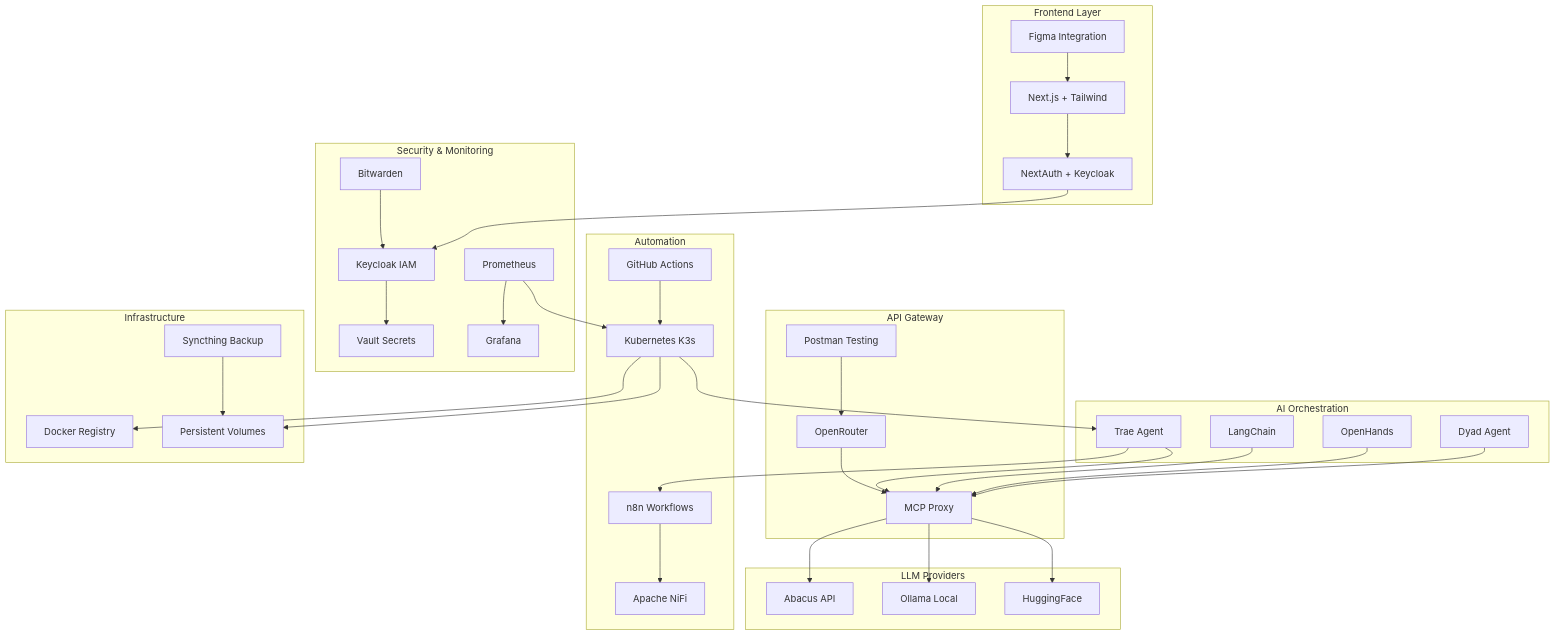
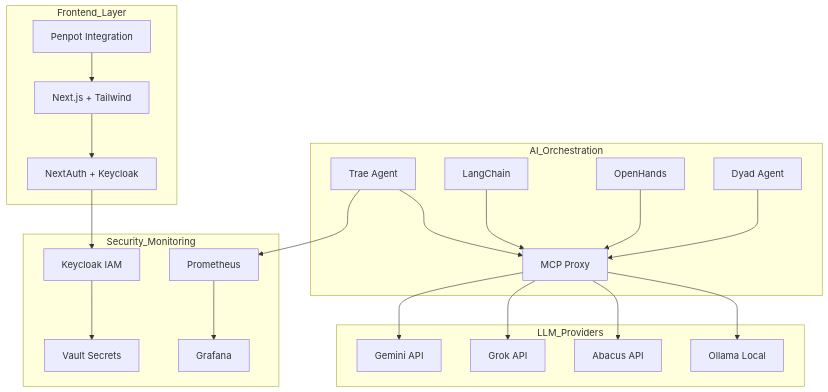
One commit to arturdrr/full-stack-industrial-ai changed the diagram in README.md. Above: the diagram before and after it, drawn with Mermaid. The commit also changed other lines of this file, not shown here.

Commit message:
docs: Aprimora README com novos badges, diagrama e seção de troubleshooting

````diff
--- a/README.md
+++ b/README.md
@@ -47,47 +47,29 @@
 ```mermaid
 graph TD
-    subgraph "Frontend Layer"
+    subgraph "Frontend_Layer"
         A[Next.js + Tailwind] --> B[NextAuth + Keycloak]
-        C[Figma Integration] --> A
+        C[Penpot Integration] --> A
     end
     
-    subgraph "API Gateway"
-        D[OpenRouter] --> E[MCP Proxy]
-        F[Postman Testing] --> D
+    subgraph "AI_Orchestration"
+        D[Trae Agent] --> E[MCP Proxy]
+        F[LangChain] --> E
+        G[OpenHands] --> E
+        H[Dyad Agent] --> E
     end
     
-    subgraph "AI Orchestration"
-        G[Trae Agent] --> E
-        H[LangChain] --> E
-        I[OpenHands] --> E
-        J[Dyad Agent] --> E
+    subgraph "LLM_Providers"
+        E --> I[Gemini API]
+        E --> J[Grok API] 
+        E --> K[Abacus API]
+        E --> L[Ollama Local]
     end
     
-    subgraph "LLM Providers"
-        E --> K[Abacus API]
-        E --> L[Ollama Local]
-        E --> M[HuggingFace]
+    subgraph "Security_Monitoring"
+        M[Keycloak IAM] --> N[Vault Secrets]
+        O[Prometheus] --> P[Grafana]
     end
     
-    subgraph "Automation"
-        N[n8n Workflows] --> O[Apache NiFi]
-        P[GitHub Actions] --> Q[Kubernetes K3s]
-    end
-    
-    subgraph "Security & Monitoring"
-        R[Keycloak IAM] --> S[Vault Secrets]
-        T[Prometheus] --> U[Grafana]
-        V[Bitwarden] --> R
-    end
-    
-    subgraph "Infrastructure"
-        Q --> W[Docker Registry]
-        Q --> X[Persistent Volumes]
-        Y[Syncthing Backup] --> X
-    end
-    
-    B --> R
-    G --> N
-    Q --> G
-    T --> Q
+    B --> M
+    D --> O
 ```
````
